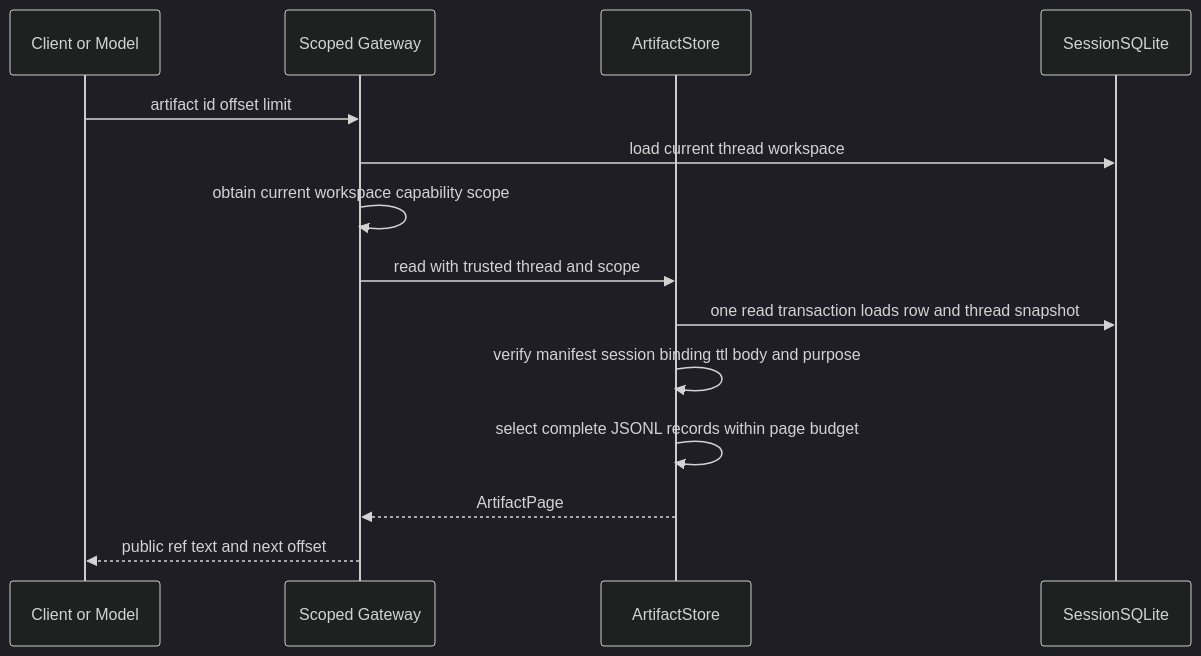
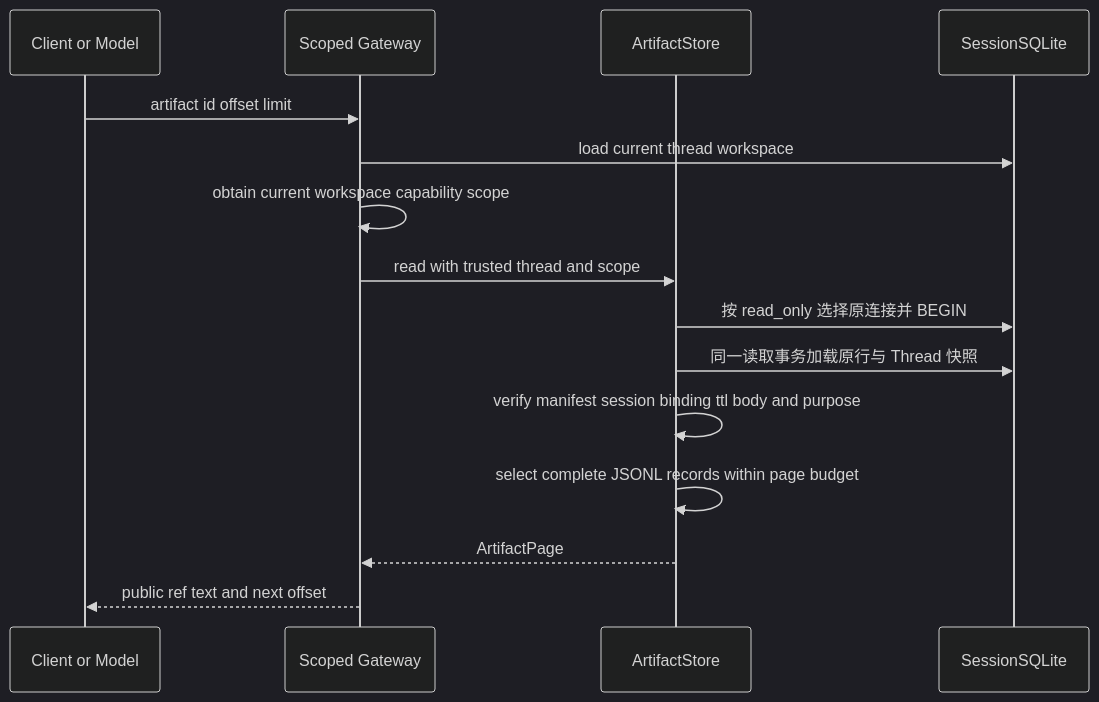
One commit to carrie1988/Harnessix changed the seventh of 11 diagrams in docs/modules/artifacts.md. Above: the diagram before and after it, drawn with Mermaid (dark theme). The commit also changed other lines of this file and 51 other files, not shown here.

````diff
--- a/docs/modules/artifacts.md
+++ b/docs/modules/artifacts.md
@@ -354,16 +386,17 @@
 ```mermaid
 sequenceDiagram
     participant C as Client or Model
     participant G as Scoped Gateway
     participant A as ArtifactStore
     participant D as SessionSQLite
     C->>G: artifact id offset limit
     G->>D: load current thread workspace
     G->>G: obtain current workspace capability scope
     G->>A: read with trusted thread and scope
-    A->>D: one read transaction loads row and thread snapshot
+    A->>D: 按 read_only 选择原连接并 BEGIN
+    A->>D: 同一读取事务加载原行与 Thread 快照
     A->>A: verify manifest session binding ttl body and purpose
     A->>A: select complete JSONL records within page budget
     A-->>G: ArtifactPage
     G-->>C: public ref text and next offset
 ```
````
